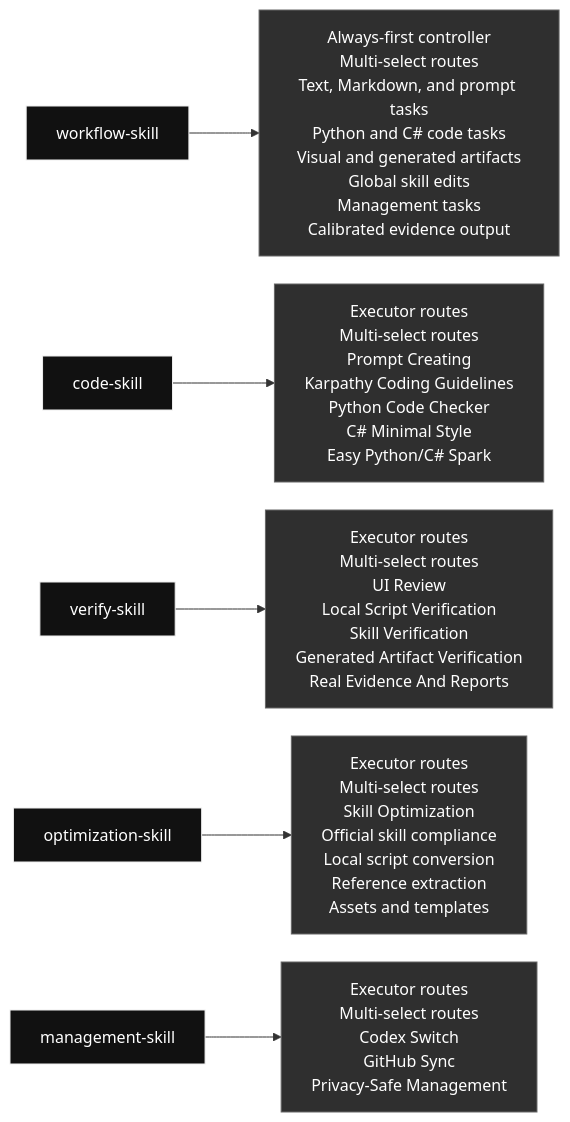
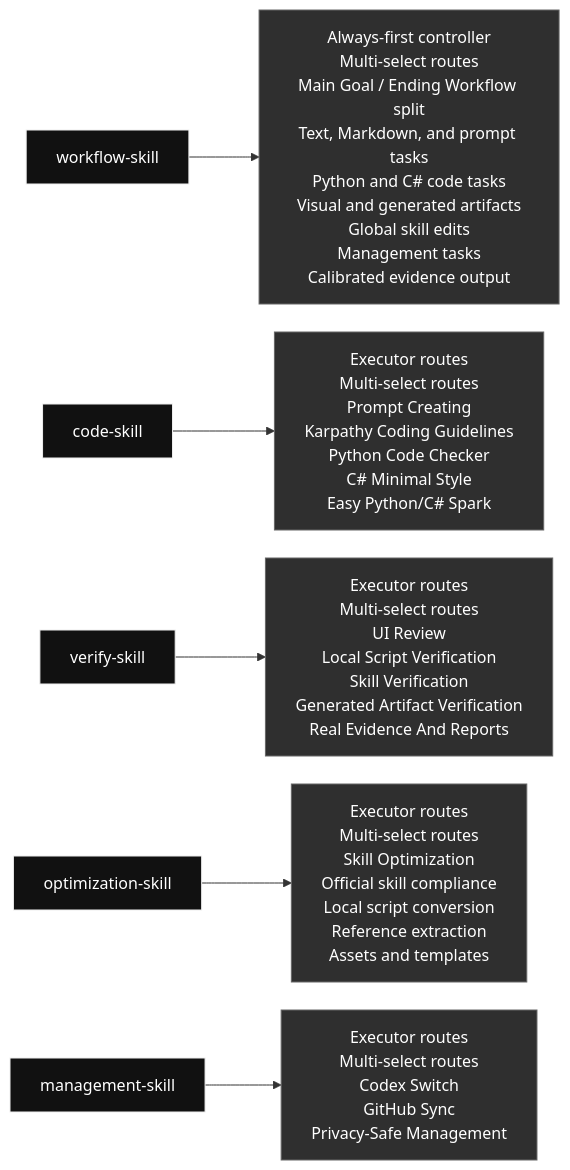
One commit to qinbatista/qin-codex-skills changed the first of 2 diagrams in README.md. Above: the diagram before and after it, drawn with Mermaid. The commit also changed other lines of this file and 2 other files, not shown here.

Commit message:
Update README workflow lane diagram

````diff
--- a/README.md
+++ b/README.md
@@ -7,13 +7,13 @@
 ```mermaid
 %%{init: {"flowchart": {"nodeSpacing": 28, "rankSpacing": 54, "wrappingWidth": 240}}}%%
 flowchart LR
-  skill_workflow_skill["workflow-skill"] --> inside_workflow_skill["Always-first controller<br/>Multi-select routes<br/>Text, Markdown, and prompt tasks<br/>Python and C# code tasks<br/>Visual and generated artifacts<br/>Global skill edits<br/>Management tasks<br/>Calibrated evidence output"]
+  skill_workflow_skill["workflow-skill"] --> inside_workflow_skill["Always-first controller<br/>Multi-select routes<br/>Main Goal / Ending Workflow split<br/>Text, Markdown, and prompt tasks<br/>Python and C# code tasks<br/>Visual and generated artifacts<br/>Global skill edits<br/>Management tasks<br/>Calibrated evidence output"]
   skill_code_skill["code-skill"] --> inside_code_skill["Executor routes<br/>Multi-select routes<br/>Prompt Creating<br/>Karpathy Coding Guidelines<br/>Python Code Checker<br/>C# Minimal Style<br/>Easy Python/C# Spark"]
   skill_verify_skill["verify-skill"] --> inside_verify_skill["Executor routes<br/>Multi-select routes<br/>UI Review<br/>Local Script Verification<br/>Skill Verification<br/>Generated Artifact Verification<br/>Real Evidence And Reports"]
   skill_optimization_skill["optimization-skill"] --> inside_optimization_skill["Executor routes<br/>Multi-select routes<br/>Skill Optimization<br/>Official skill compliance<br/>Local script conversion<br/>Reference extraction<br/>Assets and templates"]
   skill_management_skill["management-skill"] --> inside_management_skill["Executor routes<br/>Multi-select routes<br/>Codex Switch<br/>GitHub Sync<br/>Privacy-Safe Management"]
   classDef skill fill:#111,color:#fff,stroke:#eee;
   classDef content fill:#2f2f2f,color:#fff,stroke:#666;
   class skill_workflow_skill,skill_code_skill,skill_verify_skill,skill_optimization_skill,skill_management_skill skill;
   class inside_workflow_skill,inside_code_skill,inside_verify_skill,inside_optimization_skill,inside_management_skill content;
 ```
````
